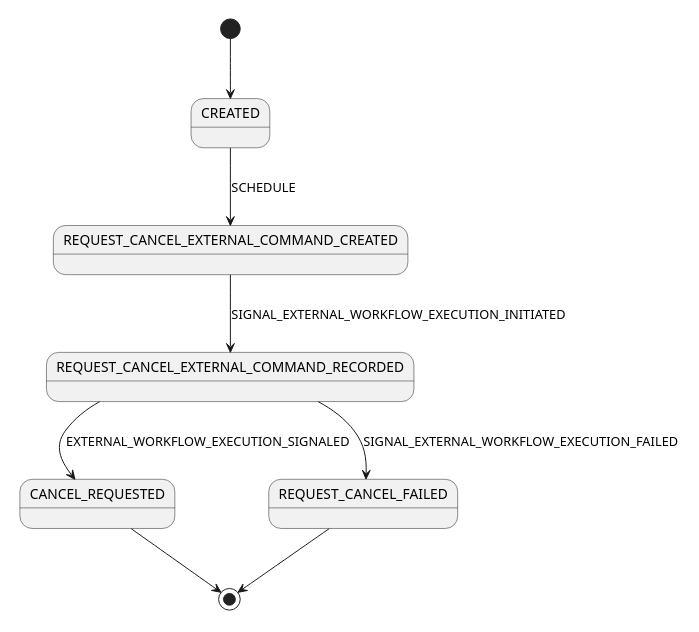
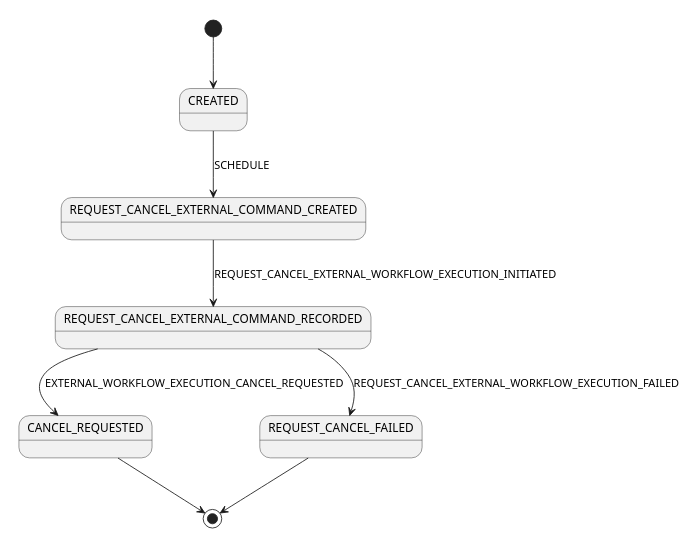
One commit to mfateev/temporal-java-sdk changed the diagram in src/main/java/io/temporal/internal/csm/CancelExternalCommands.puml. Above: the diagram before and after it, drawn with PlantUML. The commit also changed 19 other files, not shown here.

```diff
--- a/src/main/java/io/temporal/internal/csm/CancelExternalCommands.puml
+++ b/src/main/java/io/temporal/internal/csm/CancelExternalCommands.puml
@@ -21,10 +21,10 @@
 @startuml
 scale 350 width
 [*] --> CREATED
 CREATED --> REQUEST_CANCEL_EXTERNAL_COMMAND_CREATED: SCHEDULE
-REQUEST_CANCEL_EXTERNAL_COMMAND_CREATED --> REQUEST_CANCEL_EXTERNAL_COMMAND_RECORDED: SIGNAL_EXTERNAL_WORKFLOW_EXECUTION_INITIATED
-REQUEST_CANCEL_EXTERNAL_COMMAND_RECORDED --> CANCEL_REQUESTED: EXTERNAL_WORKFLOW_EXECUTION_SIGNALED
-REQUEST_CANCEL_EXTERNAL_COMMAND_RECORDED --> REQUEST_CANCEL_FAILED: SIGNAL_EXTERNAL_WORKFLOW_EXECUTION_FAILED
+REQUEST_CANCEL_EXTERNAL_COMMAND_CREATED --> REQUEST_CANCEL_EXTERNAL_COMMAND_RECORDED: REQUEST_CANCEL_EXTERNAL_WORKFLOW_EXECUTION_INITIATED
+REQUEST_CANCEL_EXTERNAL_COMMAND_RECORDED --> CANCEL_REQUESTED: EXTERNAL_WORKFLOW_EXECUTION_CANCEL_REQUESTED
+REQUEST_CANCEL_EXTERNAL_COMMAND_RECORDED --> REQUEST_CANCEL_FAILED: REQUEST_CANCEL_EXTERNAL_WORKFLOW_EXECUTION_FAILED
 CANCEL_REQUESTED --> [*]
 REQUEST_CANCEL_FAILED --> [*]
 @enduml
```
